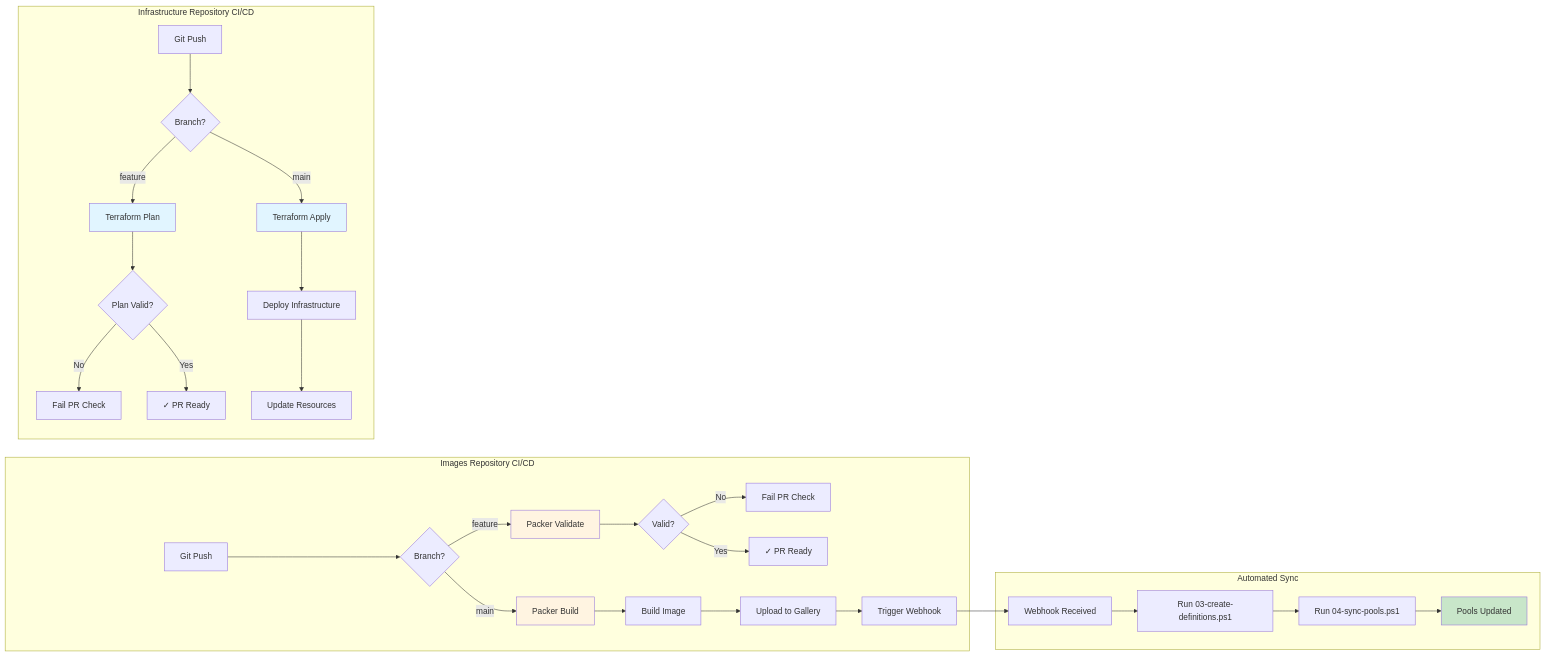
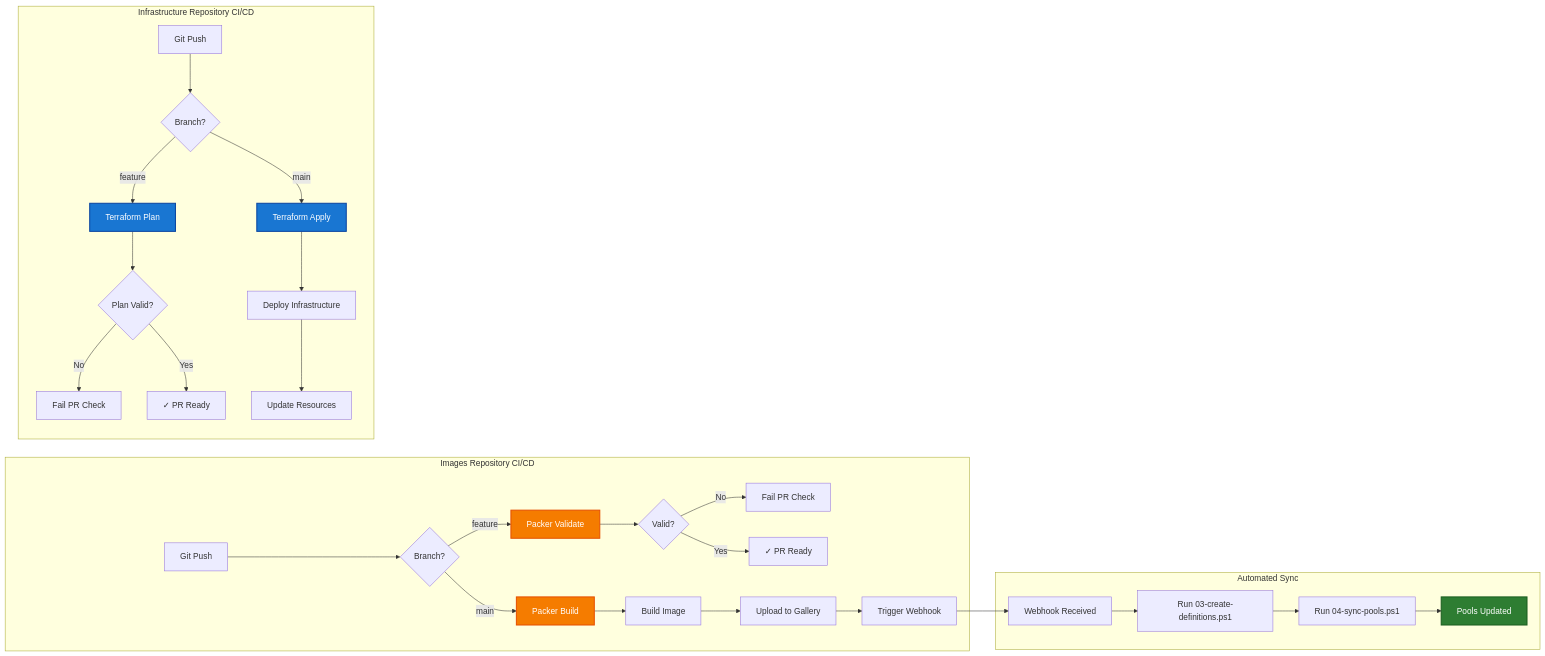
Before and after one commit to aj-enns/microsoft.devcenter: diagram 16 of 16 in terraform/devbox-with-multi-images-and-roles/docs/ARCHITECTURE-DIAGRAMS.md, drawn with Mermaid. The commit also changed other lines of this file, not shown here.

Commit message:
style: Update architecture diagrams with new color scheme for improved clarity

````diff
--- a/terraform/devbox-with-multi-images-and-roles/docs/ARCHITECTURE-DIAGRAMS.md
+++ b/terraform/devbox-with-multi-images-and-roles/docs/ARCHITECTURE-DIAGRAMS.md
@@ -652,42 +652,42 @@
 ```mermaid
 graph LR
     subgraph "Images Repository CI/CD"
         A[Git Push] --> B{Branch?}
         B -->|feature| C[Packer Validate]
         B -->|main| D[Packer Build]
         
         C --> E{Valid?}
         E -->|No| F[Fail PR Check]
         E -->|Yes| G[✓ PR Ready]
         
         D --> H[Build Image]
         H --> I[Upload to Gallery]
         I --> J[Trigger Webhook]
     end
     
     subgraph "Infrastructure Repository CI/CD"
         K[Git Push] --> L{Branch?}
         L -->|feature| M[Terraform Plan]
         L -->|main| N[Terraform Apply]
         
         M --> O{Plan Valid?}
         O -->|No| P[Fail PR Check]
         O -->|Yes| Q[✓ PR Ready]
         
         N --> R[Deploy Infrastructure]
         R --> S[Update Resources]
     end
     
     subgraph "Automated Sync"
         J --> T[Webhook Received]
         T --> U[Run 03-create-definitions.ps1]
         U --> V[Run 04-sync-pools.ps1]
         V --> W[Pools Updated]
     end
     
-    style C fill:#fff4e1
-    style D fill:#fff4e1
-    style M fill:#e1f5ff
-    style N fill:#e1f5ff
-    style W fill:#c8e6c9
+    style C fill:#f57c00,stroke:#e65100,stroke-width:2px,color:#fff
+    style D fill:#f57c00,stroke:#e65100,stroke-width:2px,color:#fff
+    style M fill:#1976d2,stroke:#0d47a1,stroke-width:2px,color:#fff
+    style N fill:#1976d2,stroke:#0d47a1,stroke-width:2px,color:#fff
+    style W fill:#2e7d32,stroke:#1b5e20,stroke-width:2px,color:#fff
 ```
````
